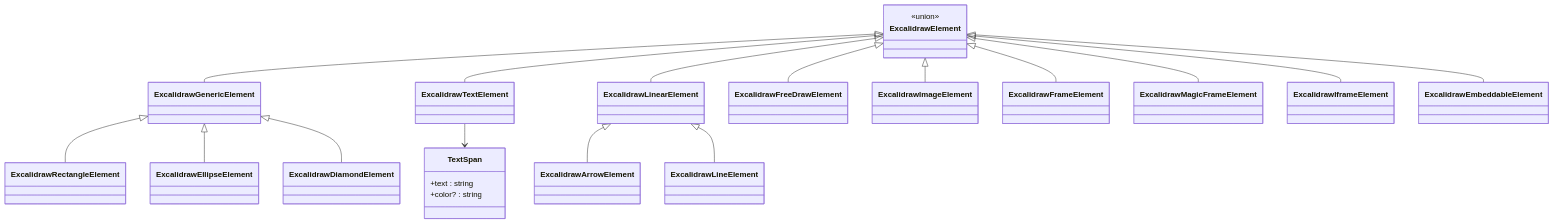
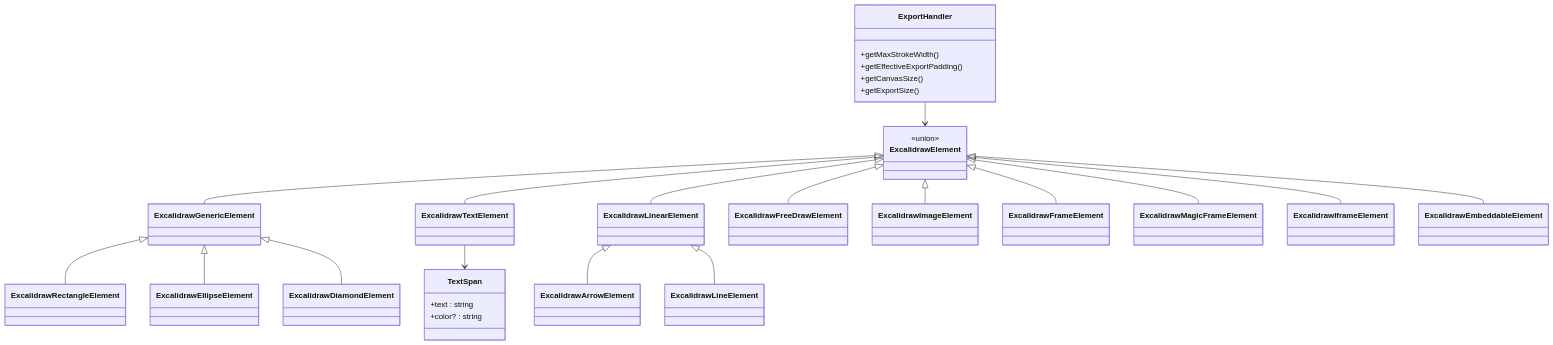
Before and after one commit to Az-qianchen/Excalidraw: the second of 14 diagrams in .qoder/repowiki/zh/content/API 参考/元素 API.md, drawn with Mermaid. The commit also changed other lines of this file and 61 other files, not shown here.

````diff
--- a/.qoder/repowiki/zh/content/API 参考/元素 API.md
+++ b/.qoder/repowiki/zh/content/API 参考/元素 API.md
@@ -137,39 +155,46 @@
 ```mermaid
 classDiagram
 class ExcalidrawElement {
 <<union>>
 }
 class ExcalidrawGenericElement
 class ExcalidrawRectangleElement
 class ExcalidrawEllipseElement
 class ExcalidrawDiamondElement
 class ExcalidrawTextElement
 class ExcalidrawLinearElement
 class ExcalidrawArrowElement
 class ExcalidrawLineElement
 class ExcalidrawFreeDrawElement
 class ExcalidrawImageElement
 class ExcalidrawFrameElement
 class ExcalidrawMagicFrameElement
 class ExcalidrawIframeElement
 class ExcalidrawEmbeddableElement
 class TextSpan {
 +text : string
 +color? : string
 }
+class ExportHandler {
++getMaxStrokeWidth()
++getEffectiveExportPadding()
++getCanvasSize()
++getExportSize()
+}
 ExcalidrawElement <|-- ExcalidrawGenericElement
 ExcalidrawGenericElement <|-- ExcalidrawRectangleElement
 ExcalidrawGenericElement <|-- ExcalidrawEllipseElement
 ExcalidrawGenericElement <|-- ExcalidrawDiamondElement
 ExcalidrawElement <|-- ExcalidrawTextElement
 ExcalidrawElement <|-- ExcalidrawLinearElement
 ExcalidrawLinearElement <|-- ExcalidrawArrowElement
 ExcalidrawLinearElement <|-- ExcalidrawLineElement
 ExcalidrawElement <|-- ExcalidrawFreeDrawElement
 ExcalidrawElement <|-- ExcalidrawImageElement
 ExcalidrawElement <|-- ExcalidrawFrameElement
 ExcalidrawElement <|-- ExcalidrawMagicFrameElement
 ExcalidrawElement <|-- ExcalidrawIframeElement
 ExcalidrawElement <|-- ExcalidrawEmbeddableElement
 ExcalidrawTextElement --> TextSpan
+ExportHandler --> ExcalidrawElement
 ```
````
